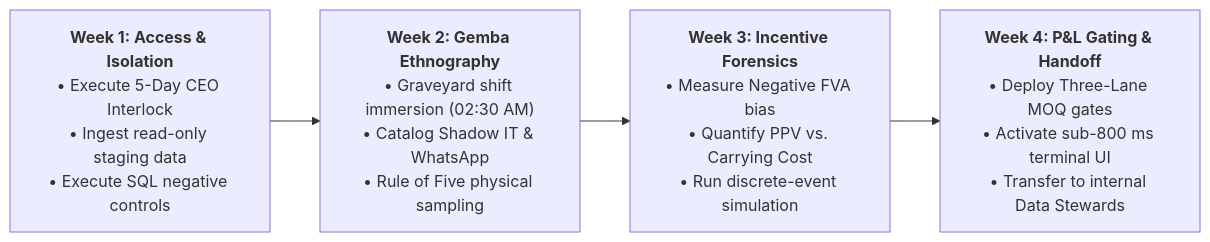
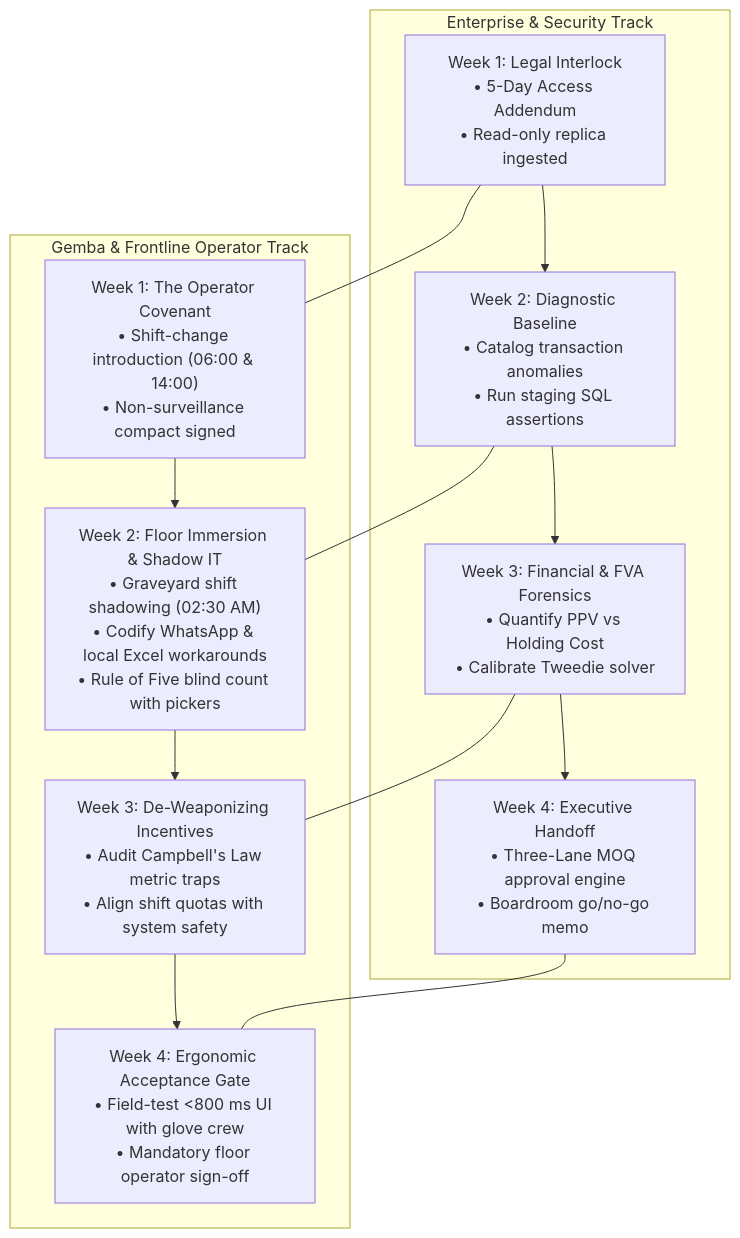
Before and after one commit to esstipi-debug/mellon: the second of 2 diagrams in README.md, drawn with Mermaid. The commit also changed other lines of this file, not shown here.

Commit message:
docs(gemba): expand section 5 with operator covenant, dual-track field architecture, and ergonomic gate

````diff
--- a/README.md
+++ b/README.md
@@ -116,6 +118,27 @@
 ```mermaid
-flowchart LR
-    W1["<b>Week 1: Access & Isolation</b><br/>• Execute 5-Day CEO Interlock<br/>• Ingest read-only staging data<br/>• Execute SQL negative controls"] --> W2["<b>Week 2: Gemba Ethnography</b><br/>• Graveyard shift immersion (02:30 AM)<br/>• Catalog Shadow IT & WhatsApp<br/>• Rule of Five physical sampling"]
-    W2 --> W3["<b>Week 3: Incentive Forensics</b><br/>• Measure Negative FVA bias<br/>• Quantify PPV vs. Carrying Cost<br/>• Run discrete-event simulation"]
-    W3 --> W4["<b>Week 4: P&L Gating & Handoff</b><br/>• Deploy Three-Lane MOQ gates<br/>• Activate sub-800 ms terminal UI<br/>• Transfer to internal Data Stewards"]
+flowchart TD
+    subgraph Corporate ["Enterprise & Security Track"]
+        C1["Week 1: Legal Interlock<br/>• 5-Day Access Addendum<br/>• Read-only replica ingested"]
+        C2["Week 2: Diagnostic Baseline<br/>• Catalog transaction anomalies<br/>• Run staging SQL assertions"]
+        C3["Week 3: Financial & FVA Forensics<br/>• Quantify PPV vs Holding Cost<br/>• Calibrate Tweedie solver"]
+        C4["Week 4: Executive Handoff<br/>• Three-Lane MOQ approval engine<br/>• Boardroom go/no-go memo"]
+    end
+
+    subgraph Gemba ["Gemba & Frontline Operator Track"]
+        G1["Week 1: The Operator Covenant<br/>• Shift-change introduction (06:00 & 14:00)<br/>• Non-surveillance compact signed"]
+        G2["Week 2: Floor Immersion & Shadow IT<br/>• Graveyard shift shadowing (02:30 AM)<br/>• Codify WhatsApp & local Excel workarounds<br/>• Rule of Five blind count with pickers"]
+        G3["Week 3: De-Weaponizing Incentives<br/>• Audit Campbell's Law metric traps<br/>• Align shift quotas with system safety"]
+        G4["Week 4: Ergonomic Acceptance Gate<br/>• Field-test <800 ms UI with glove crew<br/>• Mandatory floor operator sign-off"]
+    end
+
+    C1 --- G1
+    G1 --> G2
+    C1 --> C2
+    C2 --- G2
+    G2 --> G3
+    C2 --> C3
+    C3 --- G3
+    G3 --> G4
+    C3 --> C4
+    C4 --- G4
 ```
````
